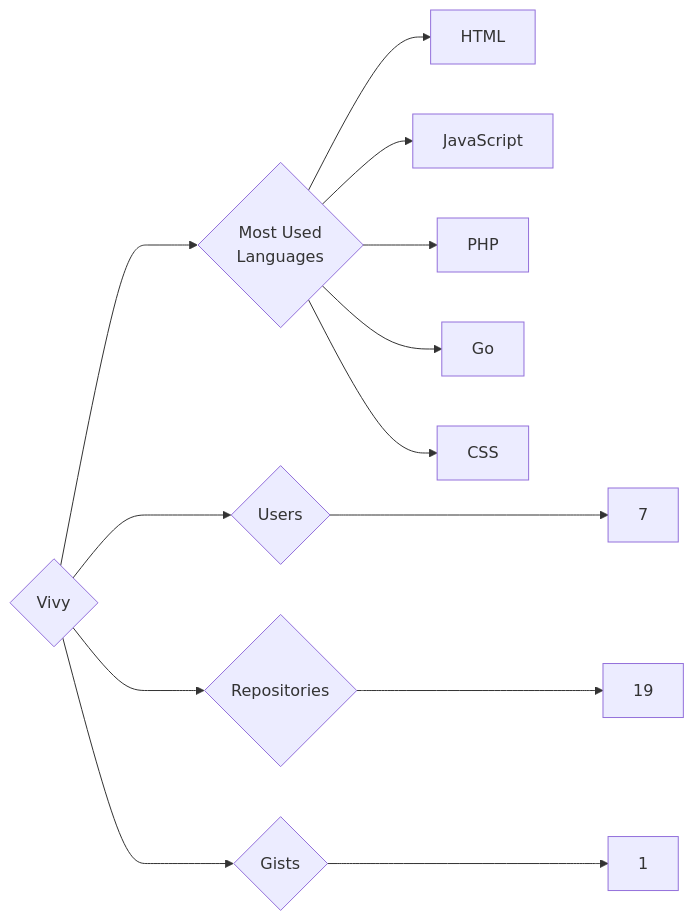
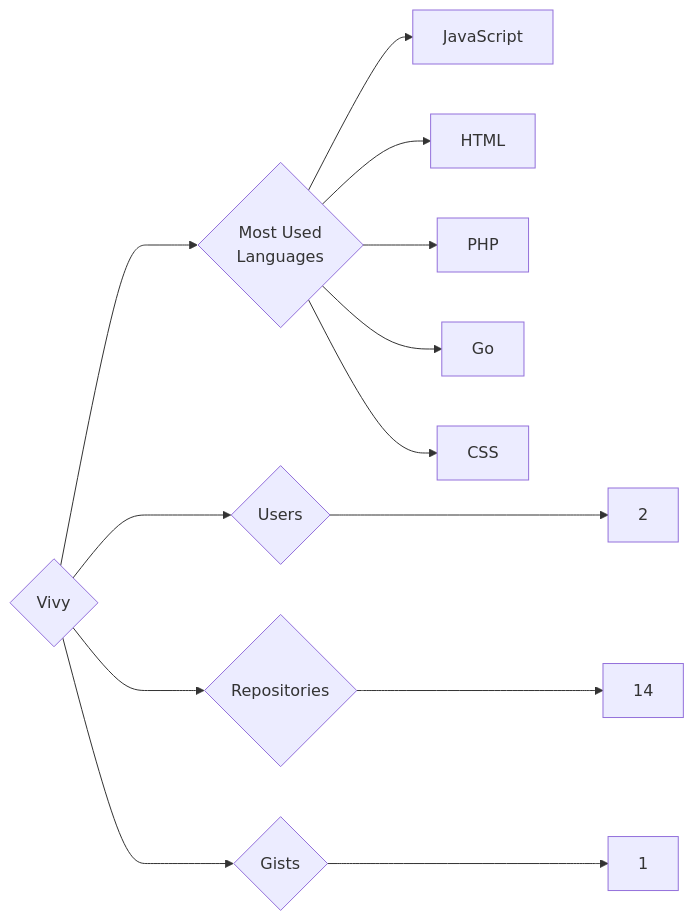
Before and after one commit to trickest/insiders: the diagram in targets/Vivy/README.md, drawn with Mermaid. The commit also changed 940 other files, not shown here.

````diff
--- a/targets/Vivy/README.md
+++ b/targets/Vivy/README.md
@@ -3,13 +3,13 @@
 ```mermaid
 graph LR
 COMPANY_NAME{Vivy}
-COMPANY_NAME ---> U{Users} ---> UN[7]
-COMPANY_NAME ---> R{Repositories} ---> RN[19]
+COMPANY_NAME ---> U{Users} ---> UN[2]
+COMPANY_NAME ---> R{Repositories} ---> RN[14]
 COMPANY_NAME ---> G{Gists} ---> GN[1]
 COMPANY_NAME ---> ML{Most Used<br>Languages}
+ML --> JavaScript[JavaScript]
 ML --> HTML[HTML]
-ML --> JavaScript[JavaScript]
 ML --> PHP[PHP]
 ML --> Go[Go]
 ML --> CSS[CSS]
 ```
````
